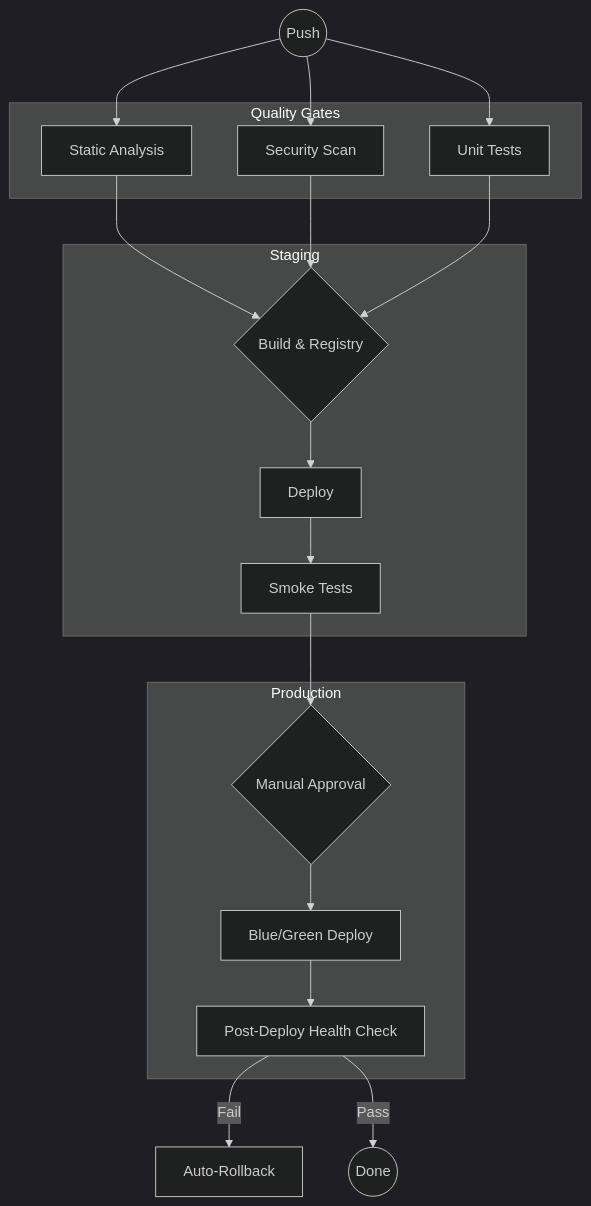
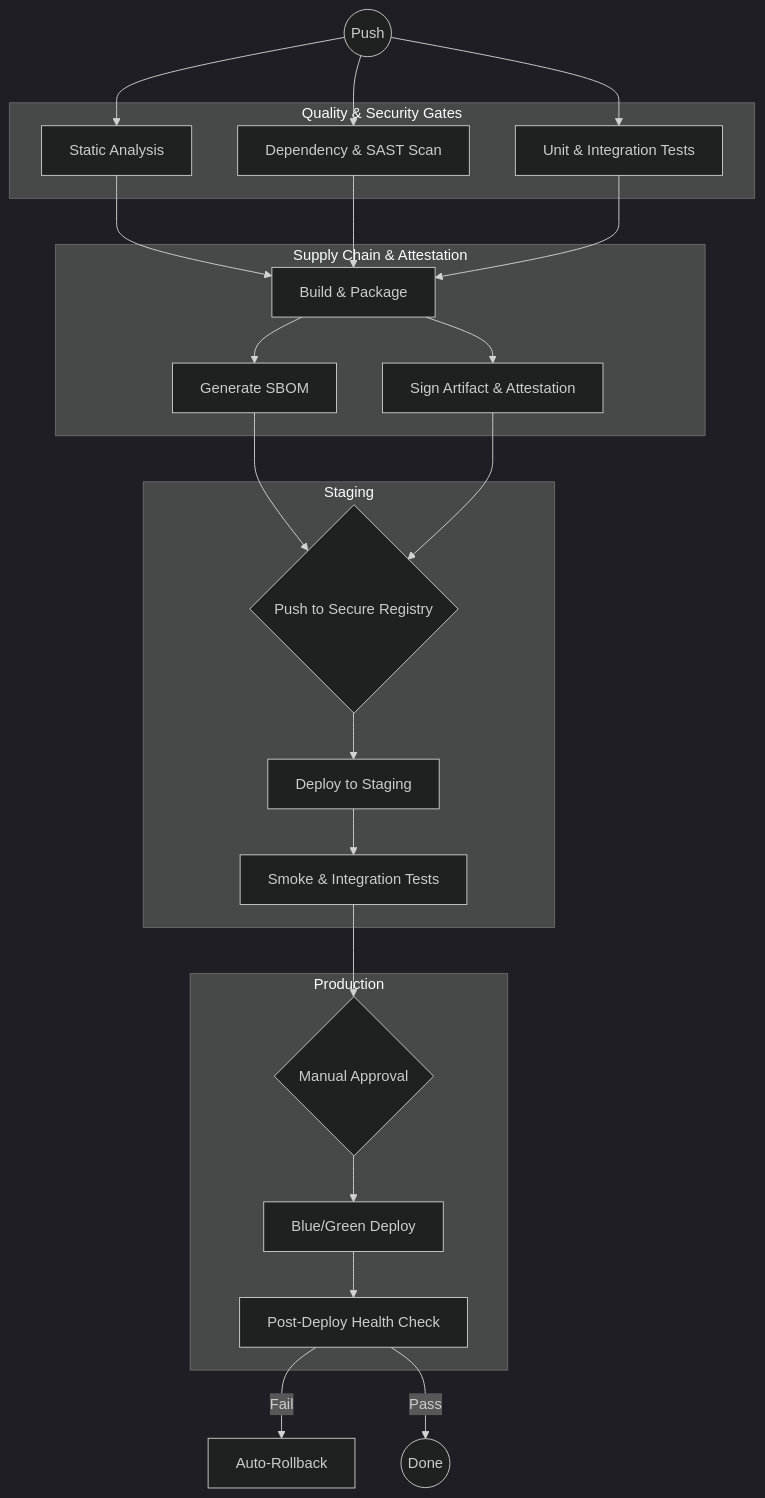
Before and after one commit to lgpalnau/ci-cd-examples: the fourth of 4 diagrams in README.md, drawn with Mermaid (dark theme). The commit also changed other lines of this file, not shown here.

Commit message:
docs: update advanced pipeline with supply chain security and SBOM

````diff
--- a/README.md
+++ b/README.md
@@ -70,27 +70,34 @@
 ```mermaid
 graph TD
-    subgraph Quality Gates
+    subgraph Quality & Security Gates
     A[Static Analysis]
-    B[Security Scan]
-    C[Unit Tests]
+    B[Dependency & SAST Scan]
+    C[Unit & Integration Tests]
     end
 
     Start((Push)) --> A & B & C
     
-    A & B & C --> D{Build & Registry}
+    A & B & C --> D[Build & Package]
+
+    subgraph Supply Chain Hardening [Supply Chain & Attestation]
+    D --> E1[Generate SBOM]
+    D --> E2[Sign Artifact & Attestation]
+    end
+
+    E1 & E2 --> F{Push to Secure Registry}
     
     subgraph Staging
-    D --> E[Deploy]
-    E --> F[Smoke Tests]
+    F --> G[Deploy to Staging]
+    G --> H[Smoke & Integration Tests]
     end
     
-    F --> G{Manual Approval}
+    H --> I{Manual Approval}
     
     subgraph Production
-    G --> H[Blue/Green Deploy]
-    H --> I[Post-Deploy Health Check]
+    I --> J[Blue/Green Deploy]
+    J --> K[Post-Deploy Health Check]
     end
     
-    I -- Fail --> J[Auto-Rollback]
-    I -- Pass --> K((Done))
+    K -- Fail --> L[Auto-Rollback]
+    K -- Pass --> M((Done))
 ```
````
